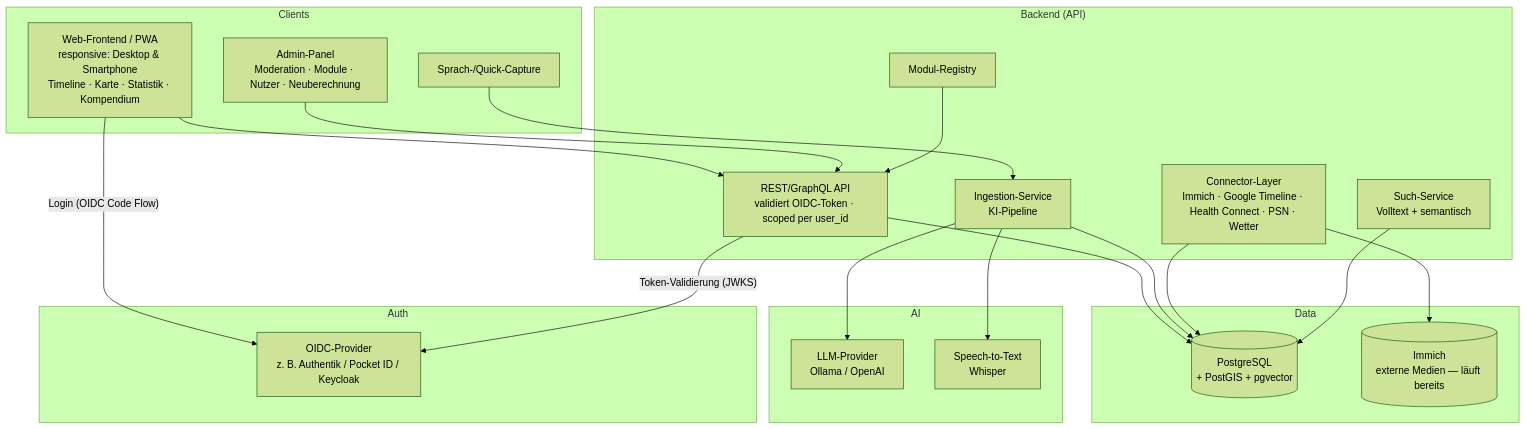
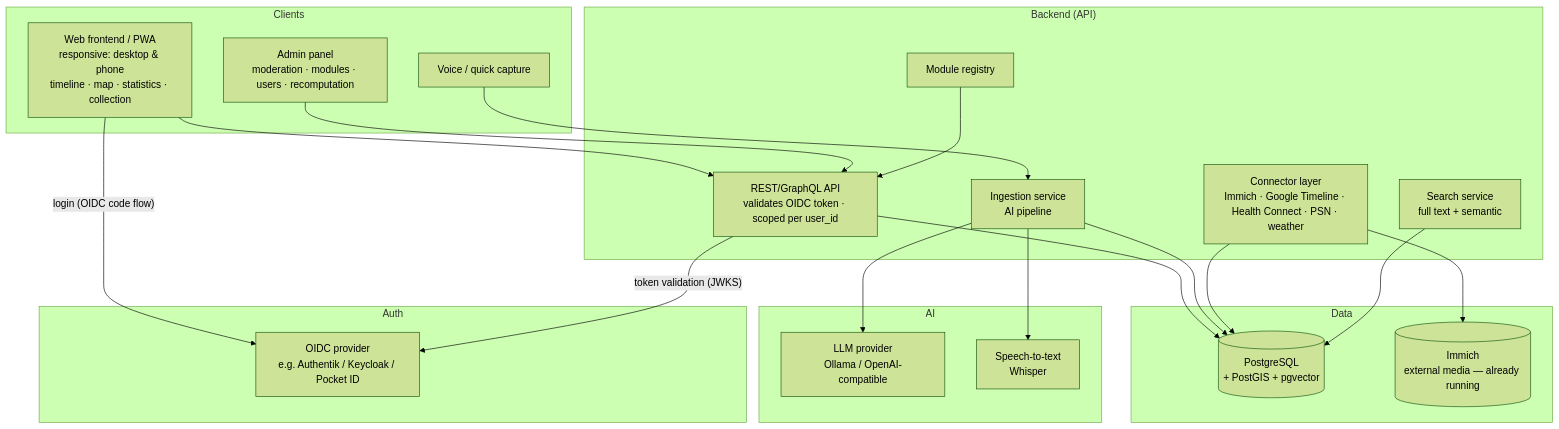
One commit to Noxon007/life-dash changed the third of 3 diagrams in docs/KONZEPT.md. Above: the diagram before and after it, drawn with Mermaid (forest theme). The commit also changed other lines of this file and 6 other files, not shown here.

````diff
--- a/docs/KONZEPT.md
+++ b/docs/KONZEPT.md
@@ -460,44 +444,44 @@
 ```mermaid
 flowchart TB
     subgraph Clients
-      UI[Web-Frontend / PWA<br/>responsive: Desktop & Smartphone<br/>Timeline · Karte · Statistik · Kompendium]
-      ADMIN[Admin-Panel<br/>Moderation · Module · Nutzer · Neuberechnung]
-      VOICE[Sprach-/Quick-Capture]
+      UI[Web frontend / PWA<br/>responsive: desktop & phone<br/>timeline · map · statistics · collection]
+      ADMIN[Admin panel<br/>moderation · modules · users · recomputation]
+      VOICE[Voice / quick capture]
     end
 
     subgraph Auth
-      OIDC[OIDC-Provider<br/>z. B. Authentik / Pocket ID / Keycloak]
+      OIDC[OIDC provider<br/>e.g. Authentik / Keycloak / Pocket ID]
     end
 
     subgraph Backend["Backend (API)"]
-      API[REST/GraphQL API<br/>validiert OIDC-Token · scoped per user_id]
-      ING[Ingestion-Service<br/>KI-Pipeline]
-      MOD[Modul-Registry]
-      CONN[Connector-Layer<br/>Immich · Google Timeline · Health Connect · PSN · Wetter]
-      SEARCH[Such-Service<br/>Volltext + semantisch]
+      API[REST/GraphQL API<br/>validates OIDC token · scoped per user_id]
+      ING[Ingestion service<br/>AI pipeline]
+      MOD[Module registry]
+      CONN[Connector layer<br/>Immich · Google Timeline · Health Connect · PSN · weather]
+      SEARCH[Search service<br/>full text + semantic]
     end
 
     subgraph Data
       PG[(PostgreSQL<br/>+ PostGIS + pgvector)]
-      MEDIA[(Immich<br/>externe Medien — läuft bereits)]
+      MEDIA[(Immich<br/>external media — already running)]
     end
 
     subgraph AI
-      LLM[LLM-Provider<br/>Ollama / OpenAI]
-      STT[Speech-to-Text<br/>Whisper]
+      LLM[LLM provider<br/>Ollama / OpenAI-compatible]
+      STT[Speech-to-text<br/>Whisper]
     end
 
-    UI -- "Login (OIDC Code Flow)" --> OIDC
+    UI -- "login (OIDC code flow)" --> OIDC
     UI --> API
     ADMIN --> API
     VOICE --> ING
-    API -- "Token-Validierung (JWKS)" --> OIDC
+    API -- "token validation (JWKS)" --> OIDC
     API --> PG
     ING --> LLM
     ING --> STT
     ING --> PG
     CONN --> MEDIA
     CONN --> PG
     MOD --> API
     SEARCH --> PG
 ```
````
